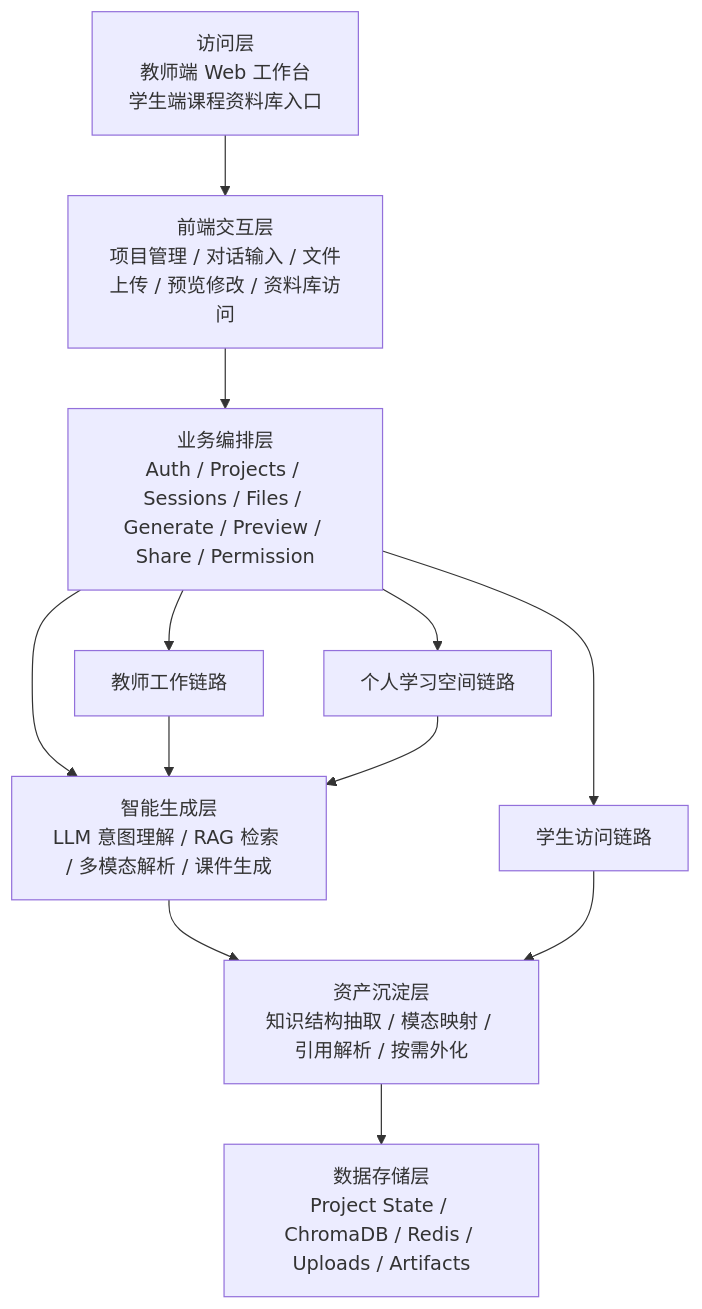
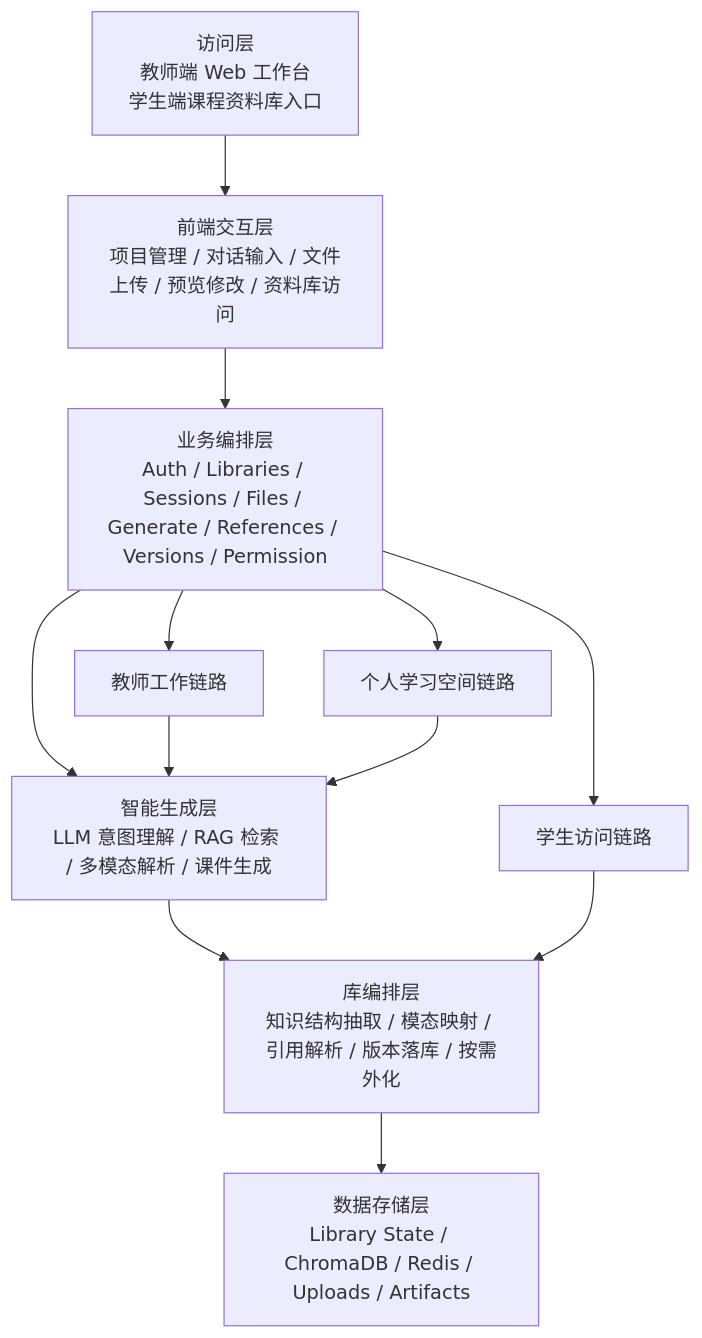
One commit to ln-one/Spectra changed the first of 3 diagrams in docs/competition/04-architecture.md. Above: the diagram before and after it, drawn with Mermaid. The commit also changed other lines of this file and 17 other files, not shown here.

Commit message:
docs(library-model): align competition and project docs

````diff
--- a/docs/competition/04-architecture.md
+++ b/docs/competition/04-architecture.md
@@ -33,15 +36,15 @@
 ```mermaid
 flowchart TD
     A["访问层<br/>教师端 Web 工作台<br/>学生端课程资料库入口"] --> B["前端交互层<br/>项目管理 / 对话输入 / 文件上传 / 预览修改 / 资料库访问"]
-    B --> C["业务编排层<br/>Auth / Projects / Sessions / Files / Generate / Preview / Share / Permission"]
+    B --> C["业务编排层<br/>Auth / Libraries / Sessions / Files / Generate / References / Versions / Permission"]
     C --> D["智能生成层<br/>LLM 意图理解 / RAG 检索 / 多模态解析 / 课件生成"]
-    D --> E["资产沉淀层<br/>知识结构抽取 / 模态映射 / 引用解析 / 按需外化"]
-    E --> F["数据存储层<br/>Project State / ChromaDB / Redis / Uploads / Artifacts"]
+    D --> E["库编排层<br/>知识结构抽取 / 模态映射 / 引用解析 / 版本落库 / 按需外化"]
+    E --> F["数据存储层<br/>Library State / ChromaDB / Redis / Uploads / Artifacts"]
 
     C --> G["教师工作链路"]
     C --> H["学生访问链路"]
     C --> I["个人学习空间链路"]
     G --> D
     H --> E
     I --> D
 ```
````
